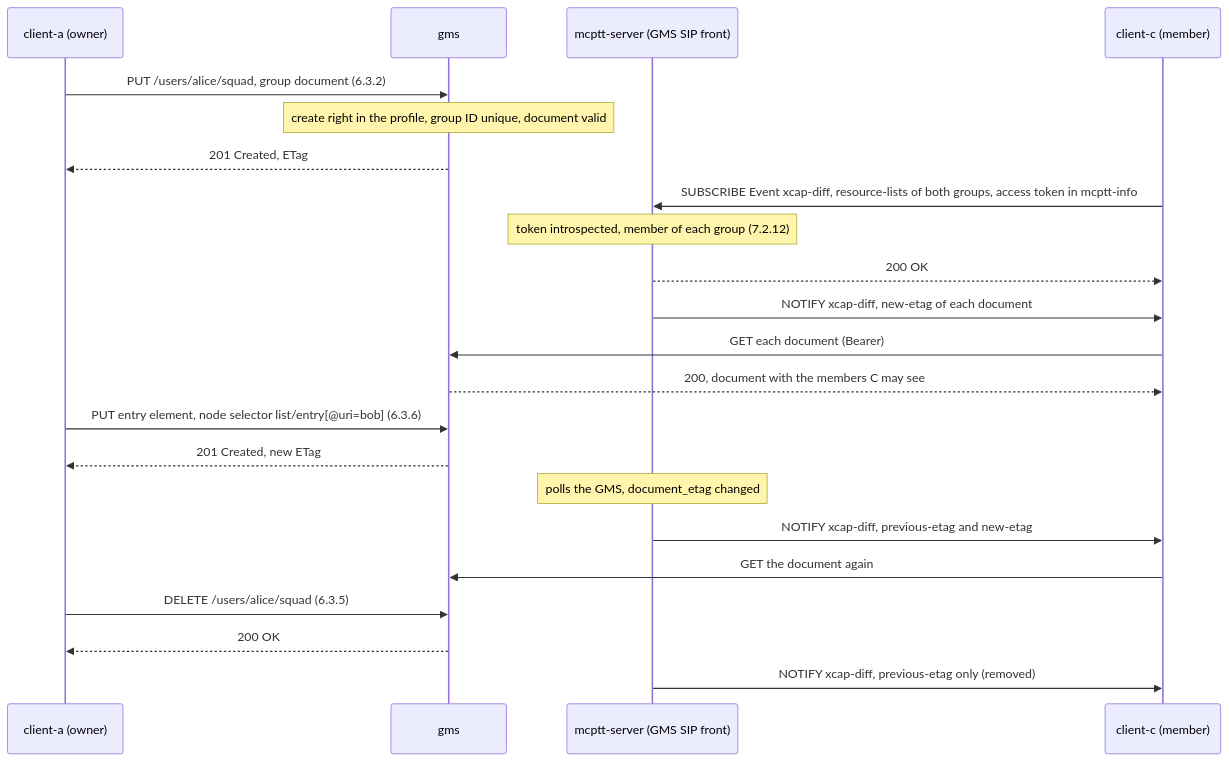
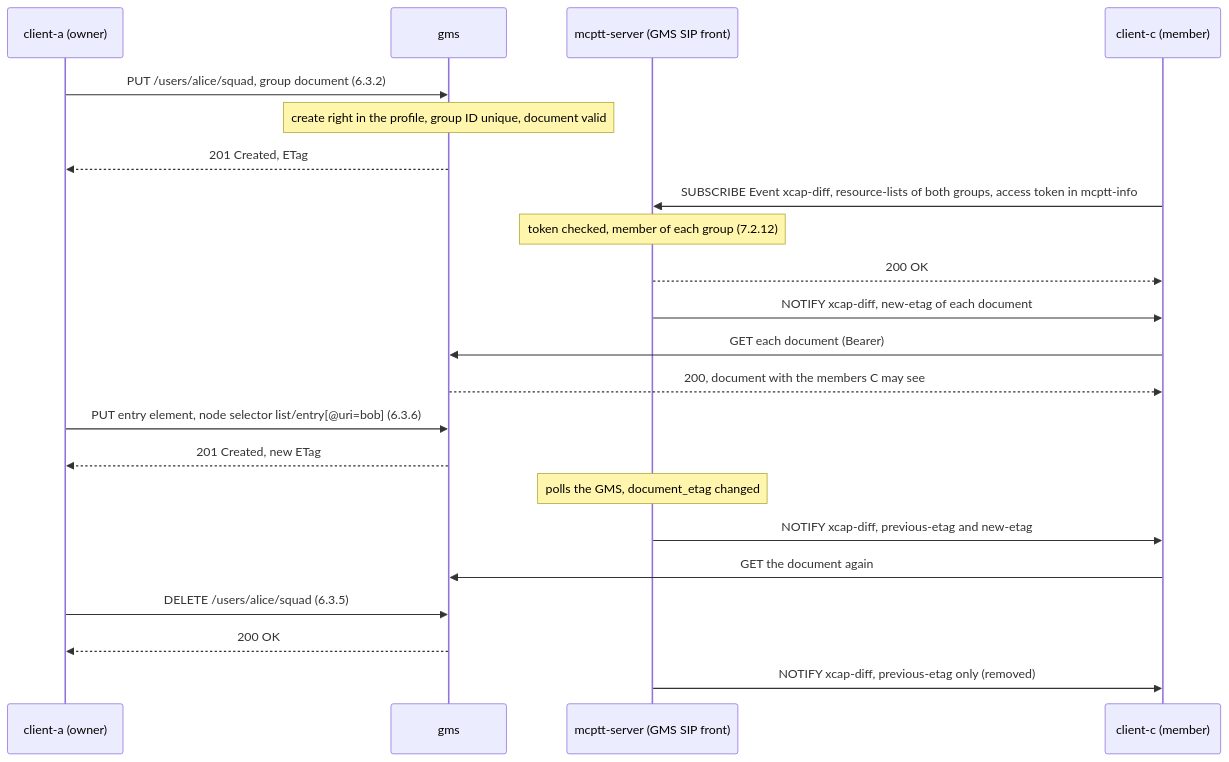
One commit to openMCX/openmcx-server changed the diagram in tests/mcptt/GROUP_MANAGEMENT_TEST.md. Above: the diagram before and after it, drawn with Mermaid. The commit also changed 45 other files, not shown here.

````diff
--- a/tests/mcptt/GROUP_MANAGEMENT_TEST.md
+++ b/tests/mcptt/GROUP_MANAGEMENT_TEST.md
@@ -69,24 +69,24 @@
 ```mermaid
 sequenceDiagram
     participant A as client-a (owner)
     participant G as gms
     participant S as mcptt-server (GMS SIP front)
     participant C as client-c (member)
     A->>G: PUT /users/alice/squad, group document (6.3.2)
     Note over G: create right in the profile, group ID unique, document valid
     G-->>A: 201 Created, ETag
     C->>S: SUBSCRIBE Event xcap-diff, resource-lists of both groups, access token in mcptt-info
-    Note over S: token introspected, member of each group (7.2.12)
+    Note over S: token checked, member of each group (7.2.12)
     S-->>C: 200 OK
     S->>C: NOTIFY xcap-diff, new-etag of each document
     C->>G: GET each document (Bearer)
     G-->>C: 200, document with the members C may see
     A->>G: PUT entry element, node selector list/entry[@uri=bob] (6.3.6)
     G-->>A: 201 Created, new ETag
     Note over S: polls the GMS, document_etag changed
     S->>C: NOTIFY xcap-diff, previous-etag and new-etag
     C->>G: GET the document again
     A->>G: DELETE /users/alice/squad (6.3.5)
     G-->>A: 200 OK
     S->>C: NOTIFY xcap-diff, previous-etag only (removed)
 ```
````
